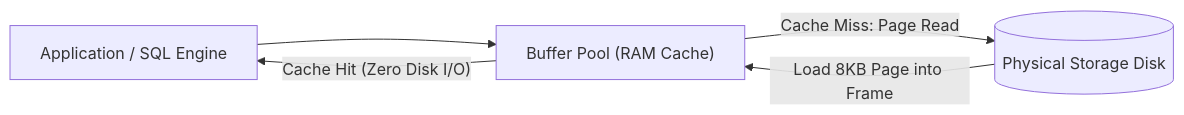
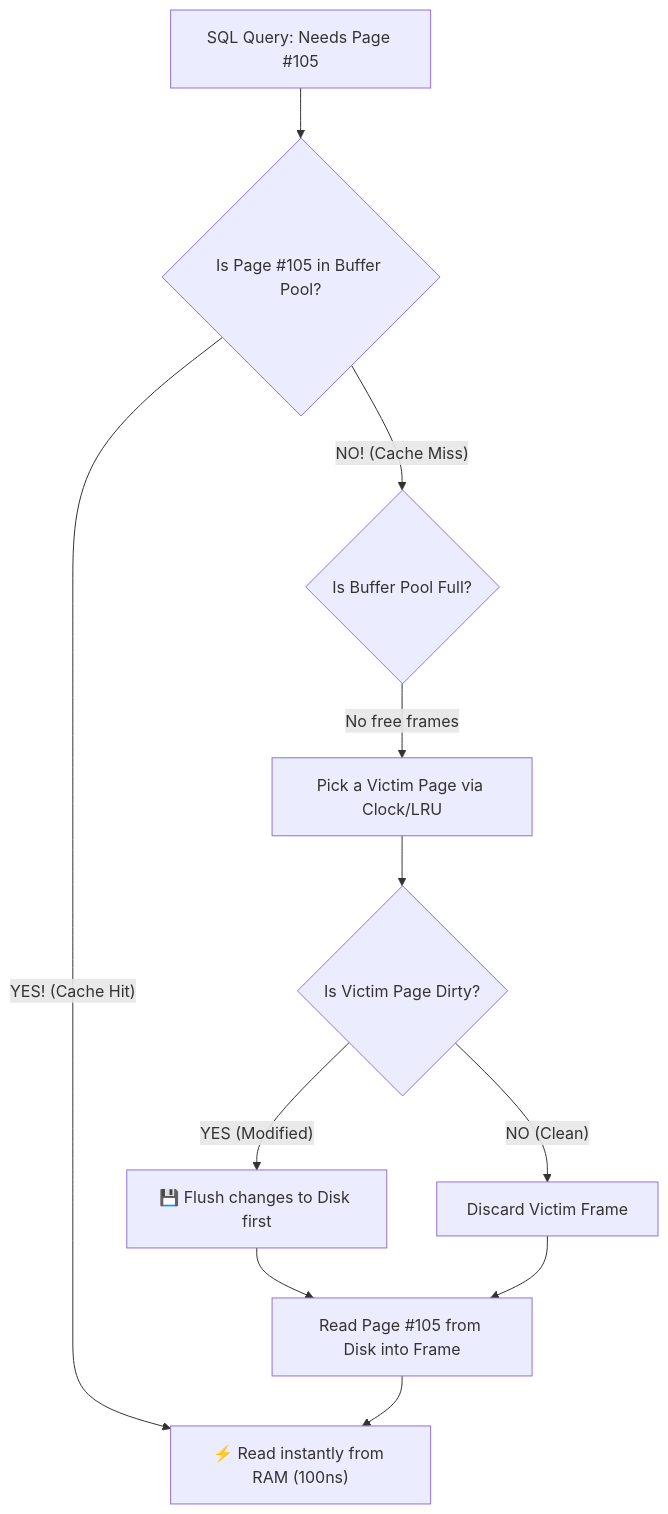
Before and after one commit to rohithgowda18/Notes: the ninth of 16 diagrams in 02-DBMS/DBMS-Advanced-Concepts.md, drawn with Mermaid. The commit also changed other lines of this file and 4 other files, not shown here.

````diff
--- a/02-DBMS/DBMS-Advanced-Concepts.md
+++ b/02-DBMS/DBMS-Advanced-Concepts.md
@@ -405,7 +559,13 @@
 ```mermaid
-flowchart LR
-    App["Application / SQL Engine"] --> BP["Buffer Pool (RAM Cache)"]
-    BP -- "Cache Hit (Zero Disk I/O)" --> App
-    BP -- "Cache Miss: Page Read" --> Disk[("Physical Storage Disk")]
-    Disk -- "Load 8KB Page into Frame" --> BP
+flowchart TD
+    Query["SQL Query: Needs Page #105"] --> BP{"Is Page #105 in Buffer Pool?"}
+    BP -- "YES! (Cache Hit)" --> RamRead["⚡ Read instantly from RAM (100ns)"]
+    BP -- "NO! (Cache Miss)" --> Evict{"Is Buffer Pool Full?"}
+    Evict -- "No free frames" --> Victim["Pick a Victim Page via Clock/LRU"]
+    Victim --> CheckDirty{"Is Victim Page Dirty?"}
+    CheckDirty -- "YES (Modified)" --> FlushDisk["💾 Flush changes to Disk first"]
+    CheckDirty -- "NO (Clean)" --> Overwrite["Discard Victim Frame"]
+    FlushDisk --> Fetch["Read Page #105 from Disk into Frame"]
+    Overwrite --> Fetch
+    Fetch --> RamRead
 ```
````
